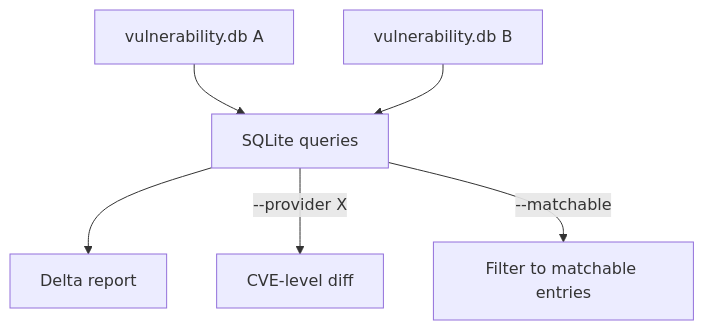
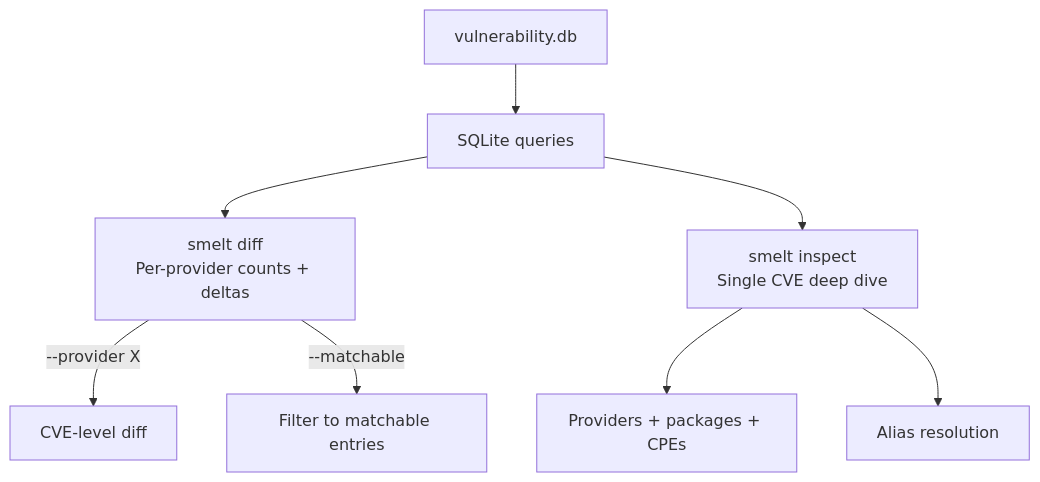
One commit to agentic-research/smelt changed the diagram in README.md. Above: the diagram before and after it, drawn with Mermaid. The commit also changed other lines of this file, not shown here.

Commit message:
docs: rewrite README with TOC, inspect examples, generic output

````diff
--- a/README.md
+++ b/README.md
@@ -68,8 +125,12 @@
 ```mermaid
 flowchart TD
-    A[vulnerability.db A] --> Q[SQLite queries]
-    B[vulnerability.db B] --> Q
-    Q --> D[Delta report]
-    Q -->|--provider X| CVE[CVE-level diff]
-    Q -->|--matchable| F[Filter to matchable entries]
+    DB[vulnerability.db] --> Q[SQLite queries]
+
+    Q --> Diff[smelt diff\nPer-provider counts + deltas]
+    Q --> Inspect[smelt inspect\nSingle CVE deep dive]
+
+    Diff -->|--provider X| CVE[CVE-level diff]
+    Diff -->|--matchable| F[Filter to matchable entries]
+    Inspect --> P[Providers + packages + CPEs]
+    Inspect --> A[Alias resolution]
 ```
````
